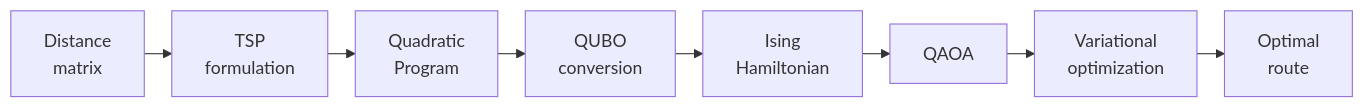
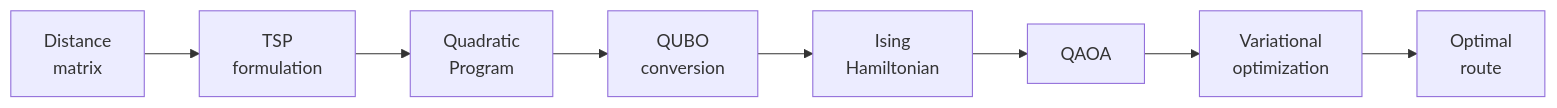
Before and after one commit to PouliotAlexis/QuantumCT-RTRC-qBraid-Challenge: the third of 3 diagrams in README.md, drawn with Mermaid. The commit also changed other lines of this file, not shown here.

Commit message:
docs: update mermaid diagrams in README to fix formatting and increase RealAmplitudes reps

````diff
--- a/README.md
+++ b/README.md
@@ -160,12 +152,4 @@
 ```mermaid
-%%{init: {"flowchart": {"rankSpacing": 25}} }%%
 flowchart LR
-    A["Distance
-matrix"] --> B["TSP
-formulation"] --> C["Quadratic
-Program"] --> D["QUBO
-conversion"] --> E["Ising
-Hamiltonian"] --> F["QAOA"] --> G["Variational
-optimization"] --> H["Optimal
-route"]
+    A["Distance<br/>matrix"] --> B["TSP<br/>formulation"] --> C["Quadratic<br/>Program"] --> D["QUBO<br/>conversion"] --> E["Ising<br/>Hamiltonian"] --> F["QAOA"] --> G["Variational<br/>optimization"] --> H["Optimal<br/>route"]
 ```
````
